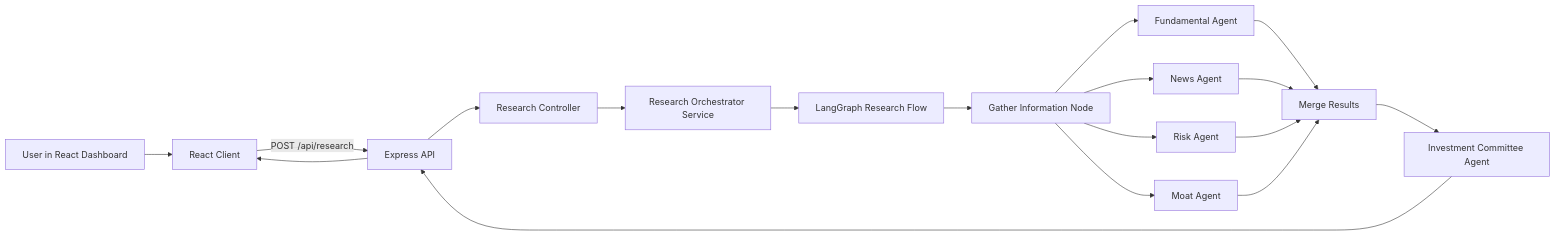
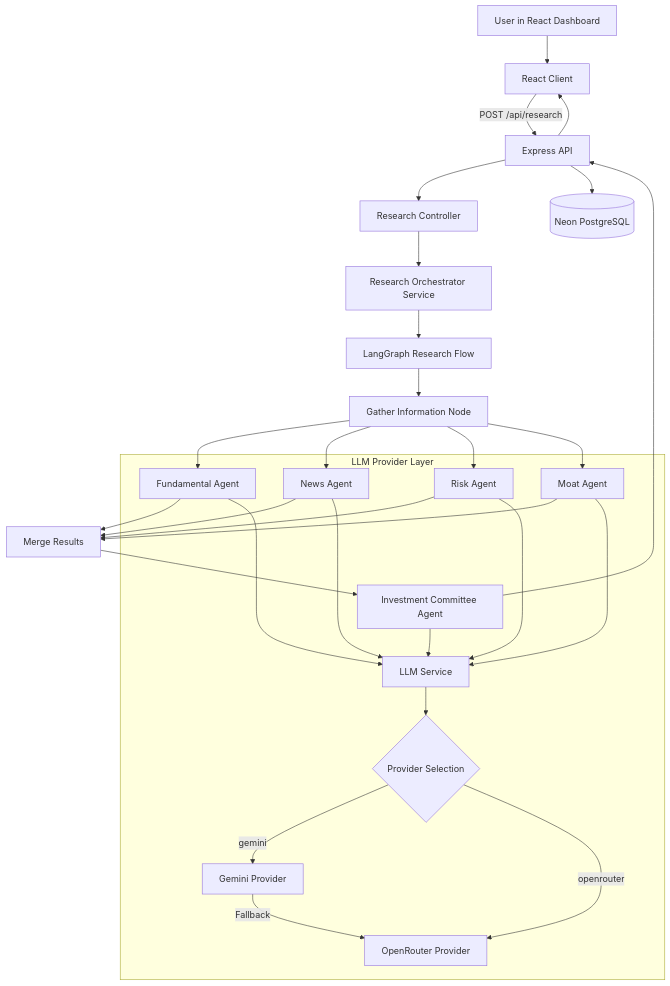
The first of 2 diagrams in docs/architecture.md (kartikch0543/AI-Investment-Research-Agent), drawn with Mermaid before and after one commit. The commit also changed other lines of this file and 7 other files, not shown here.

Commit message:
feat(ai): add pluggable LLM provider layer with Gemini and OpenRouter support

````diff
--- a/docs/architecture.md
+++ b/docs/architecture.md
@@ -7,20 +7,34 @@
 ```mermaid
-flowchart LR
+flowchart TD
     User[User in React Dashboard] --> Client[React Client]
     Client -->|POST /api/research| API[Express API]
     API --> Controller[Research Controller]
     Controller --> Orchestrator[Research Orchestrator Service]
     Orchestrator --> Graph[LangGraph Research Flow]
     Graph --> Gather[Gather Information Node]
     Gather --> Fundamental[Fundamental Agent]
     Gather --> Sentiment[News Agent]
     Gather --> Risk[Risk Agent]
     Gather --> Moat[Moat Agent]
     Fundamental --> Merge[Merge Results]
     Sentiment --> Merge
     Risk --> Merge
     Moat --> Merge
     Merge --> Committee[Investment Committee Agent]
+    
+    subgraph LLM Provider Layer
+        Committee --> LLMService[LLM Service]
+        Fundamental --> LLMService
+        Sentiment --> LLMService
+        Risk --> LLMService
+        Moat --> LLMService
+        LLMService --> ProviderSelect{Provider Selection}
+        ProviderSelect -->|gemini| GeminiProvider[Gemini Provider]
+        ProviderSelect -->|openrouter| ORProvider[OpenRouter Provider]
+        GeminiProvider -->|Fallback| ORProvider
+    end
+    
     Committee --> API
     API --> Client
+    API --> Database[(Neon PostgreSQL)]
 ```
````
